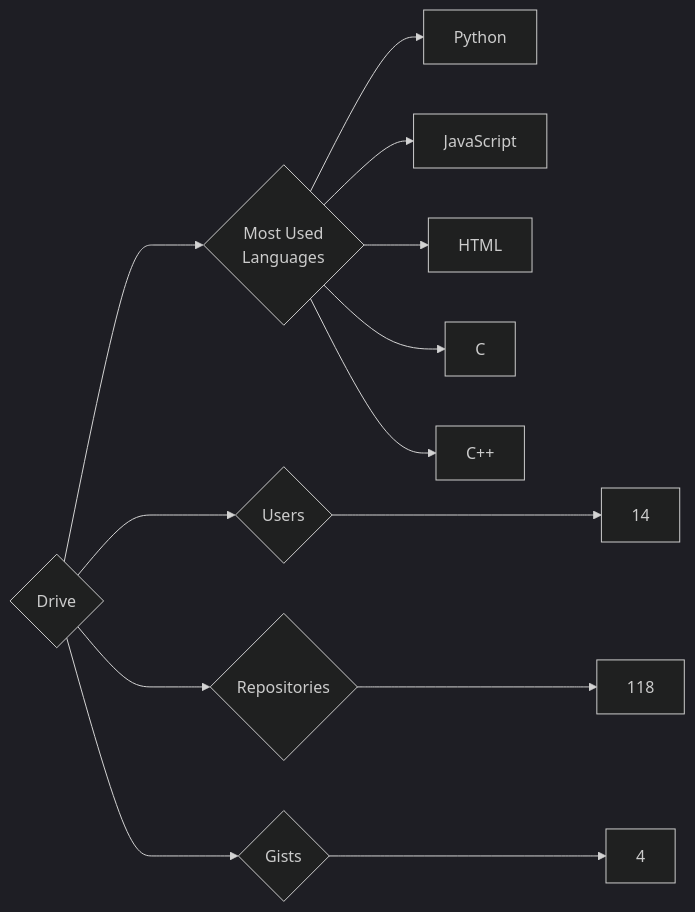
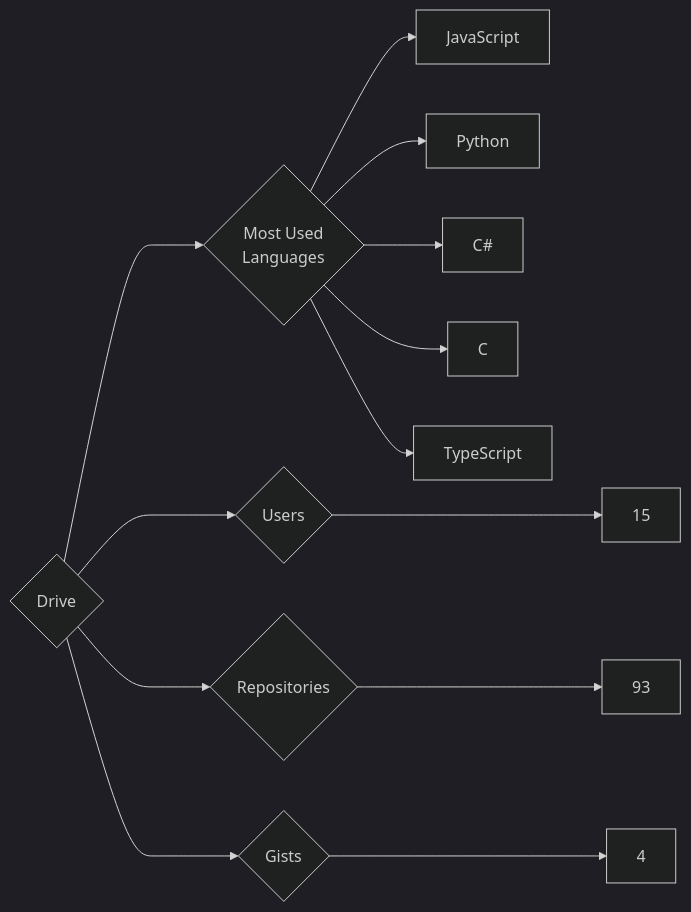
One commit to trickest/insiders changed the diagram in targets/Drive/README.md. Above: the diagram before and after it, drawn with Mermaid (dark theme). The commit also changed 874 other files, not shown here.

````diff
--- a/targets/Drive/README.md
+++ b/targets/Drive/README.md
@@ -3,13 +3,13 @@
 ```mermaid
 graph LR
 COMPANY_NAME{Drive}
-COMPANY_NAME ---> U{Users} ---> UN[14]
-COMPANY_NAME ---> R{Repositories} ---> RN[118]
+COMPANY_NAME ---> U{Users} ---> UN[15]
+COMPANY_NAME ---> R{Repositories} ---> RN[93]
 COMPANY_NAME ---> G{Gists} ---> GN[4]
 COMPANY_NAME ---> ML{Most Used<br>Languages}
+ML --> JavaScript[JavaScript]
 ML --> Python[Python]
-ML --> JavaScript[JavaScript]
-ML --> HTML[HTML]
+ML --> C#[C#]
 ML --> C[C]
-ML --> C++[C++]
+ML --> TypeScript[TypeScript]
 ```
````
